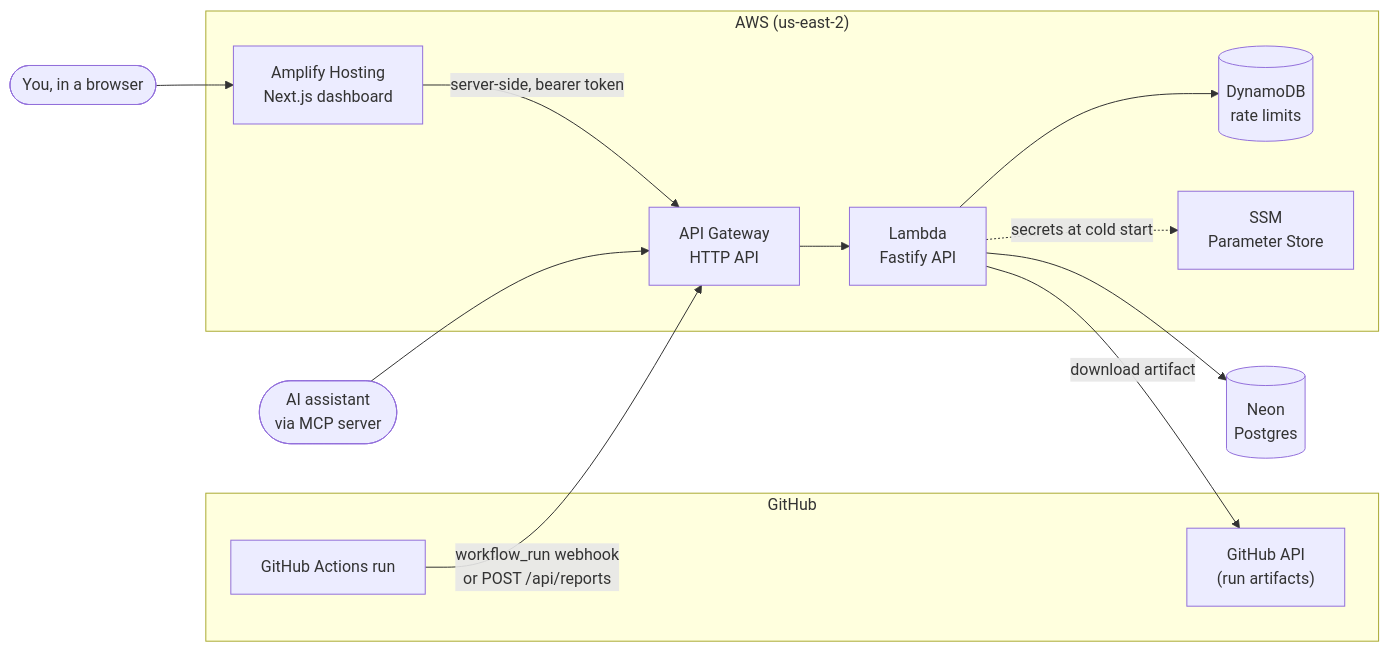
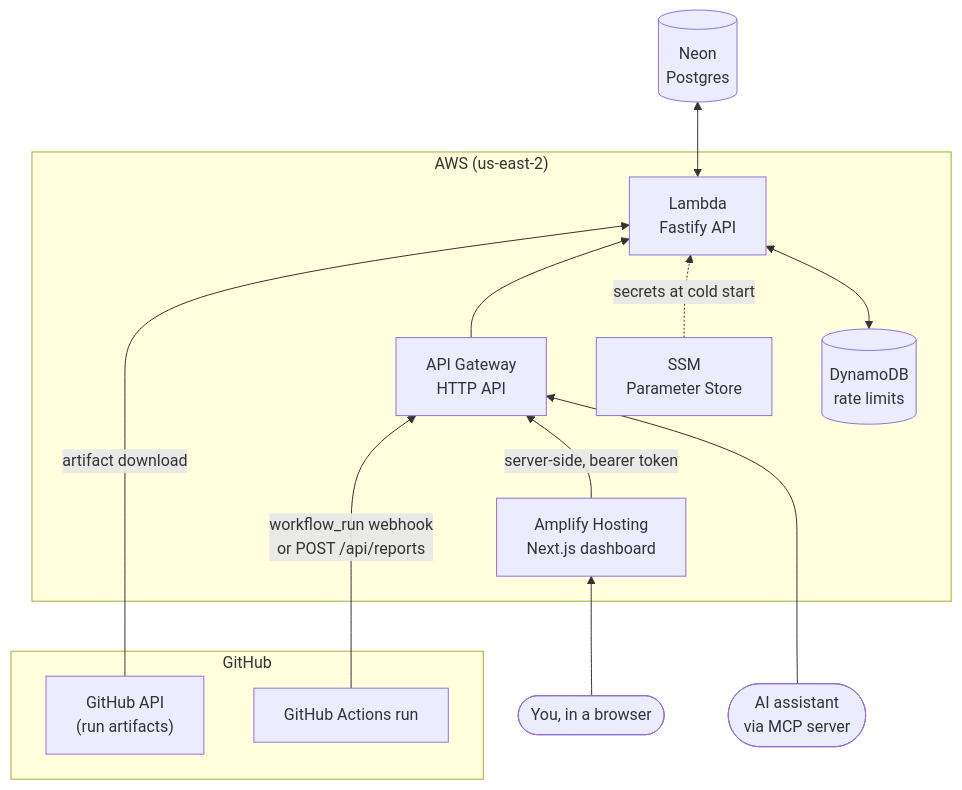
The first of 2 diagrams in README.md (glennmcd/flakehunter), drawn with Mermaid before and after one commit. The commit also changed other lines of this file, not shown here.

Commit message:
fix(docs): update architecture diagrams for AWS and local setup in README

````diff
--- a/README.md
+++ b/README.md
@@ -24,29 +24,29 @@
 ```mermaid
-flowchart LR
+flowchart BT
+  subgraph AWS["AWS (us-east-2)"]
+    L["Lambda<br/>Fastify API"]
+    APIGW["API Gateway<br/>HTTP API"]
+    DDB[("DynamoDB<br/>rate limits")]
+    SSM["SSM<br/>Parameter Store"]
+    AMP["Amplify Hosting<br/>Next.js dashboard"]
+  end
+
   subgraph GitHub
     GA["GitHub Actions run"]
     GHAPI["GitHub API<br/>(run artifacts)"]
-  end
-
-  subgraph AWS["AWS (us-east-2)"]
-    APIGW["API Gateway<br/>HTTP API"]
-    L["Lambda<br/>Fastify API"]
-    DDB[("DynamoDB<br/>rate limits")]
-    SSM["SSM<br/>Parameter Store"]
-    AMP["Amplify Hosting<br/>Next.js dashboard"]
   end
 
   DB[("Neon<br/>Postgres")]
   U(["You, in a browser"])
   AI(["AI assistant<br/>via MCP server"])
 
-  GA -- "workflow_run webhook<br/>or POST /api/reports" --> APIGW
+  GA -- "workflow_run webhook<br/>or POST /api/reports" ---> APIGW
+  GHAPI -- "artifact download" --> L
   APIGW --> L
-  L -- "download artifact" --> GHAPI
-  L --> DB
-  L --> DDB
-  L -. "secrets at cold start" .-> SSM
+  SSM -. "secrets at cold start" .-> L
+  DDB <--> L
+  L <--> DB
   U --> AMP
   AMP -- "server-side, bearer token" --> APIGW
-  AI --> APIGW
+  AI ---> APIGW
 ```
````
